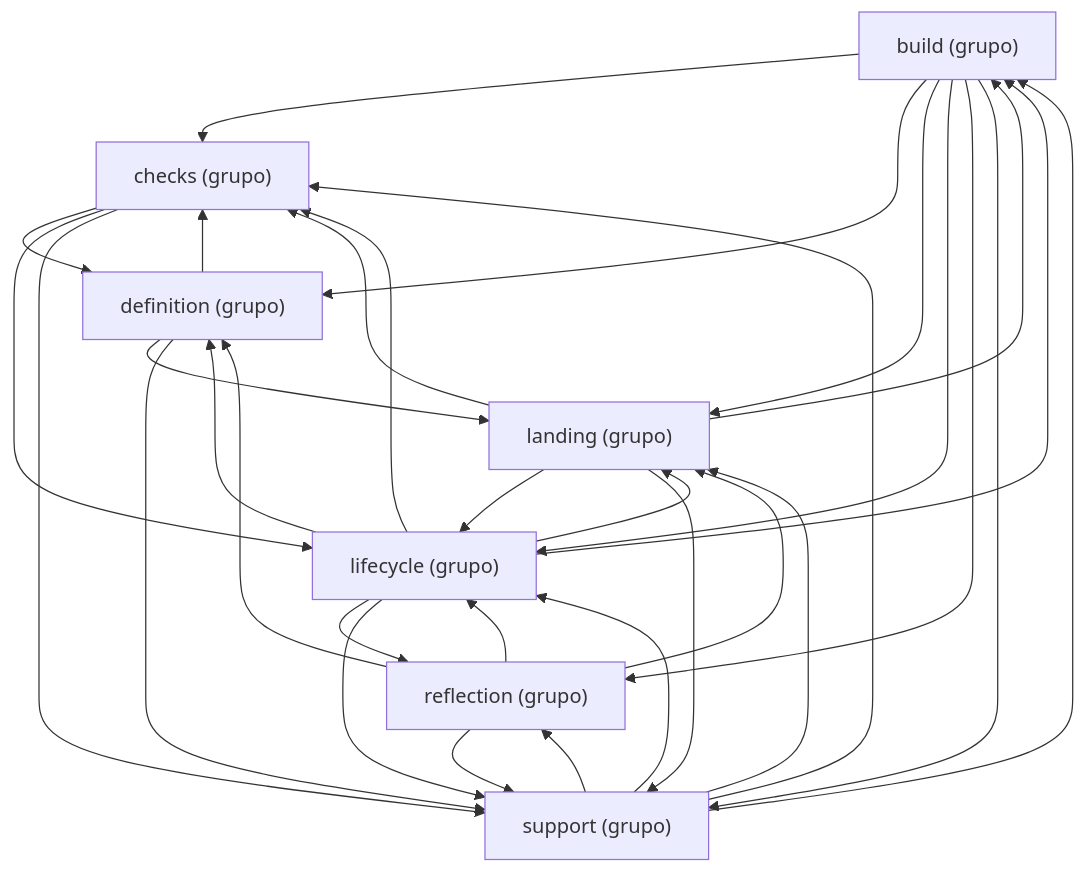
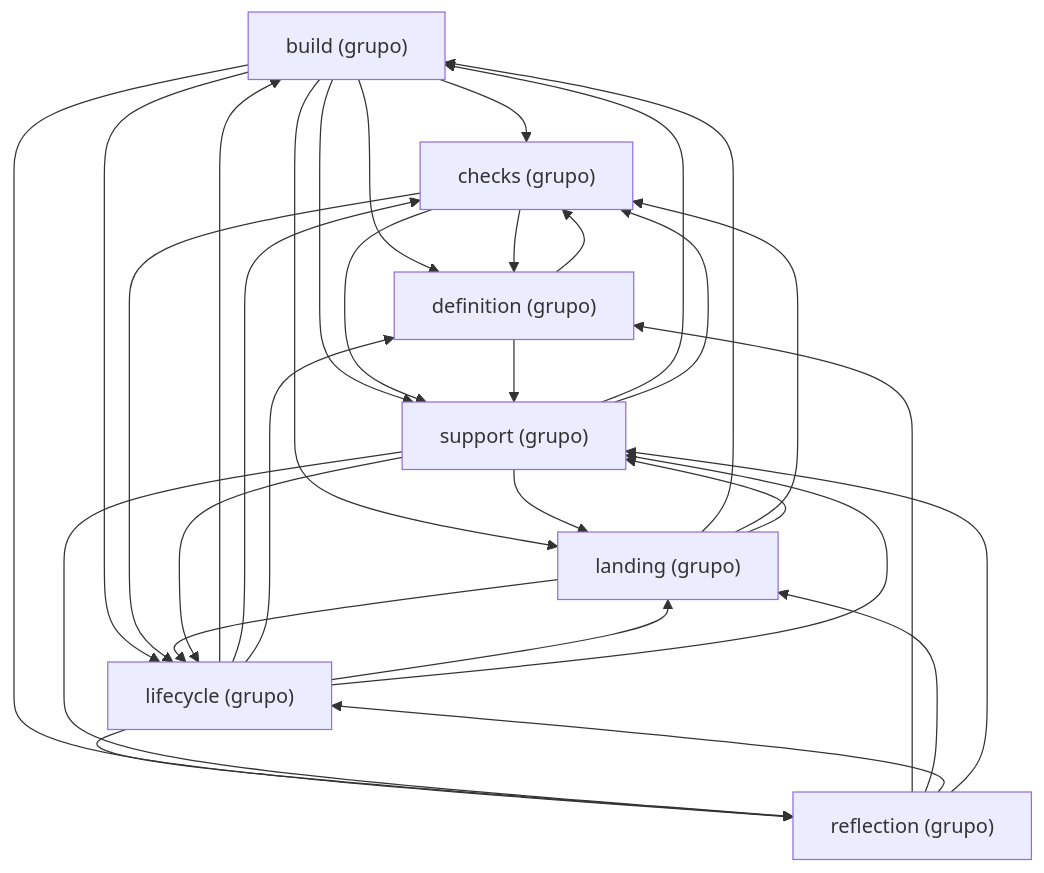
Before and after one commit to GonzaloZevallos/agentic-system: the diagram in docs/architecture/generated/packages-process-application.md, drawn with Mermaid. The commit also changed 3 other files, not shown here.

````diff
--- a/docs/architecture/generated/packages-process-application.md
+++ b/docs/architecture/generated/packages-process-application.md
@@ -29,41 +29,40 @@
 ```mermaid
 graph TD
     g_application__build["build (grupo)"]
     g_application__checks["checks (grupo)"]
     g_application__definition["definition (grupo)"]
     g_application__landing["landing (grupo)"]
     g_application__lifecycle["lifecycle (grupo)"]
     g_application__reflection["reflection (grupo)"]
     g_application__support["support (grupo)"]
     g_application__build --> g_application__checks
     g_application__build --> g_application__definition
     g_application__build --> g_application__landing
     g_application__build --> g_application__lifecycle
     g_application__build --> g_application__reflection
     g_application__build --> g_application__support
     g_application__checks --> g_application__definition
     g_application__checks --> g_application__lifecycle
     g_application__checks --> g_application__support
     g_application__definition --> g_application__checks
-    g_application__definition --> g_application__landing
     g_application__definition --> g_application__support
     g_application__landing --> g_application__build
     g_application__landing --> g_application__checks
     g_application__landing --> g_application__lifecycle
     g_application__landing --> g_application__support
     g_application__lifecycle --> g_application__build
     g_application__lifecycle --> g_application__checks
     g_application__lifecycle --> g_application__definition
     g_application__lifecycle --> g_application__landing
     g_application__lifecycle --> g_application__reflection
     g_application__lifecycle --> g_application__support
     g_application__reflection --> g_application__definition
     g_application__reflection --> g_application__landing
     g_application__reflection --> g_application__lifecycle
     g_application__reflection --> g_application__support
     g_application__support --> g_application__build
     g_application__support --> g_application__checks
     g_application__support --> g_application__landing
     g_application__support --> g_application__lifecycle
     g_application__support --> g_application__reflection
 ```
````
